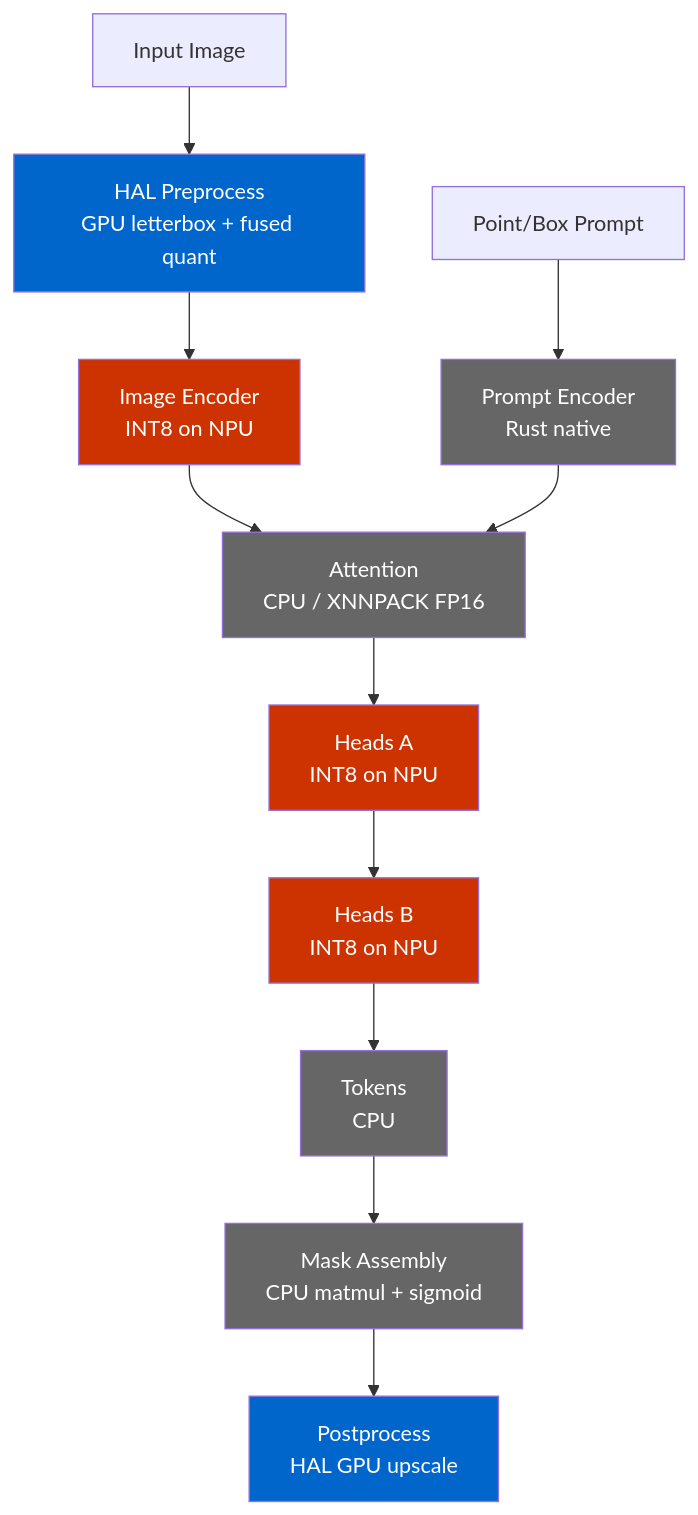
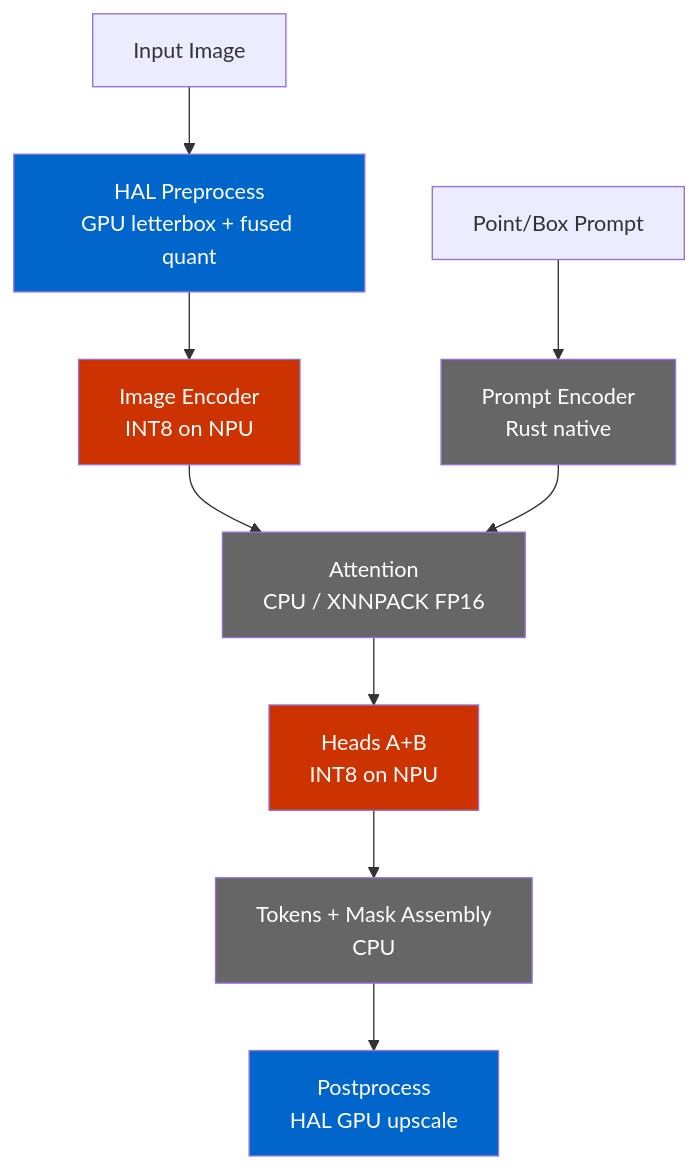
One commit to EdgeFirstAI/nanosam changed the diagram in BENCHMARKS.md. Above: the diagram before and after it, drawn with Mermaid. The commit also changed other lines of this file, not shown here.

Commit message:
EDGEAI-1204: Condense BENCHMARKS.md — remove chart and duplicate images

````diff
--- a/BENCHMARKS.md
+++ b/BENCHMARKS.md
@@ -68,26 +43,22 @@
 ```mermaid
 graph TD
     A[Input Image] --> B[HAL Preprocess<br/>GPU letterbox + fused quant]
     B --> C[Image Encoder<br/>INT8 on NPU]
 
     E[Point/Box Prompt] --> F[Prompt Encoder<br/>Rust native]
 
     C --> G[Attention<br/>CPU / XNNPACK FP16]
     F --> G
 
-    G --> H[Heads A<br/>INT8 on NPU]
-    H --> I[Heads B<br/>INT8 on NPU]
-    I --> J[Tokens<br/>CPU]
-    J --> K[Mask Assembly<br/>CPU matmul + sigmoid]
-    K --> L[Postprocess<br/>HAL GPU upscale]
+    G --> H[Heads A+B<br/>INT8 on NPU]
+    H --> I[Tokens + Mask Assembly<br/>CPU]
+    I --> J[Postprocess<br/>HAL GPU upscale]
 
     style B fill:#0066cc,color:#fff
     style C fill:#cc3300,color:#fff
     style F fill:#666,color:#fff
     style G fill:#666,color:#fff
     style H fill:#cc3300,color:#fff
-    style I fill:#cc3300,color:#fff
-    style J fill:#666,color:#fff
-    style K fill:#666,color:#fff
-    style L fill:#0066cc,color:#fff
+    style I fill:#666,color:#fff
+    style J fill:#0066cc,color:#fff
 ```
````
